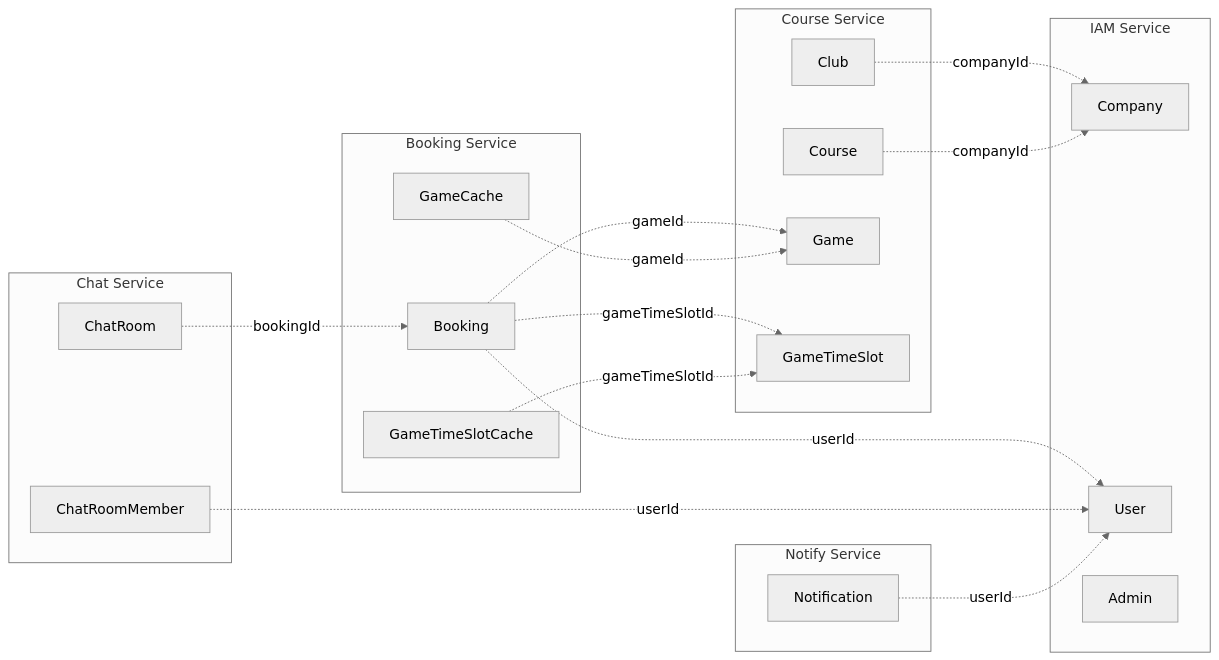
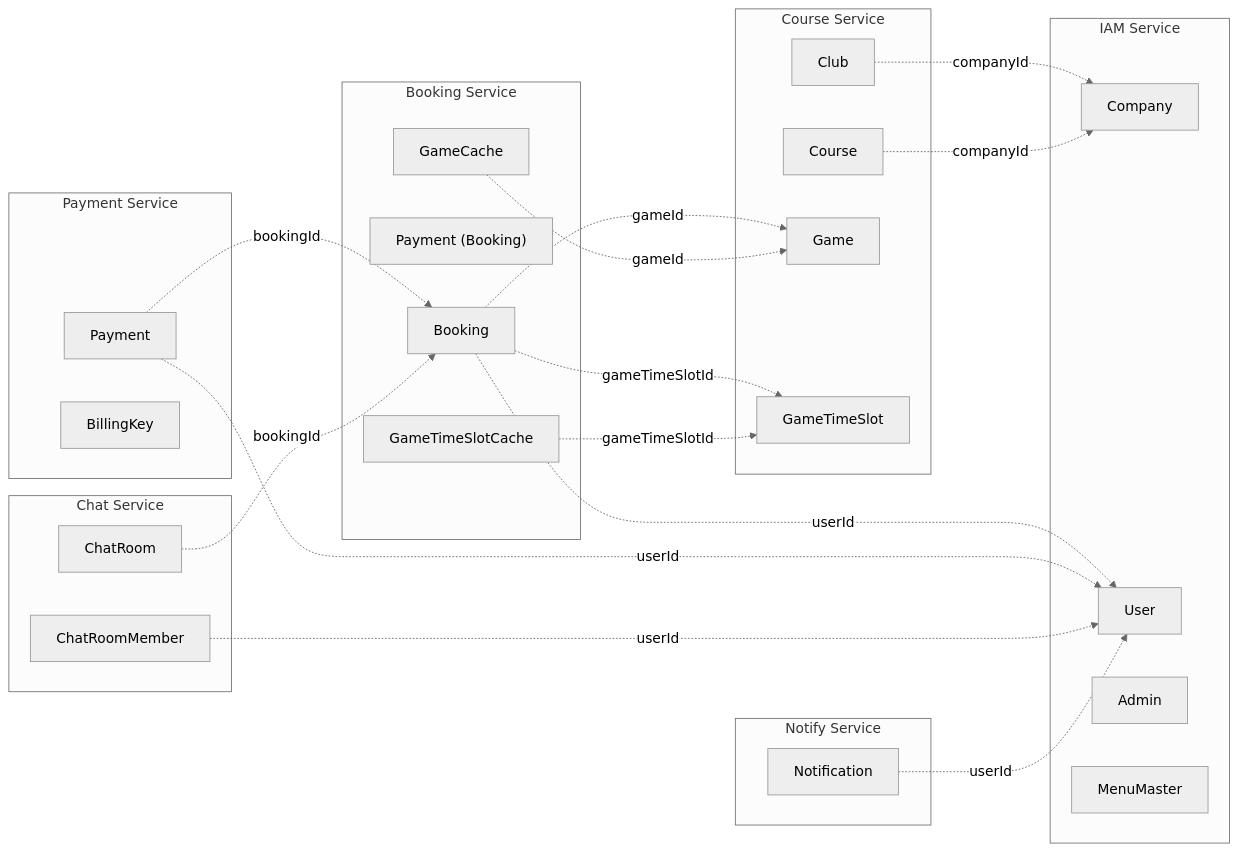
One commit to uniyous/parkgolf-platform changed the first of 24 diagrams in docs/DATABASE_ERD.md. Above: the diagram before and after it, drawn with Mermaid (neutral theme). The commit also changed other lines of this file and 4 other files, not shown here.

First line of the commit message:
chore: 시드 데이터 보강, 슬롯 생성 스크립트, ERD 문서 업데이트

````diff
--- a/docs/DATABASE_ERD.md
+++ b/docs/DATABASE_ERD.md
@@ -20,41 +21,50 @@
 ```mermaid
 flowchart LR
     subgraph iam["IAM Service"]
         Company
         User
         Admin
+        Menu["MenuMaster"]
     end
 
     subgraph course["Course Service"]
         Club
         Course
         Game
         GameTimeSlot
     end
 
     subgraph booking["Booking Service"]
         Booking
+        BookingPayment["Payment (Booking)"]
         GameCache
         SlotCache["GameTimeSlotCache"]
+    end
+
+    subgraph payment["Payment Service"]
+        Payment
+        BillingKey
     end
 
     subgraph chat["Chat Service"]
         ChatRoom
         ChatRoomMember
     end
 
     subgraph notify["Notify Service"]
         Notification
     end
 
     Club -.->|companyId| Company
     Course -.->|companyId| Company
     Booking -.->|userId| User
     Booking -.->|gameTimeSlotId| GameTimeSlot
     Booking -.->|gameId| Game
     GameCache -.->|gameId| Game
     SlotCache -.->|gameTimeSlotId| GameTimeSlot
+    Payment -.->|userId| User
+    Payment -.->|bookingId| Booking
     ChatRoom -.->|bookingId| Booking
     ChatRoomMember -.->|userId| User
     Notification -.->|userId| User
 ```
````
